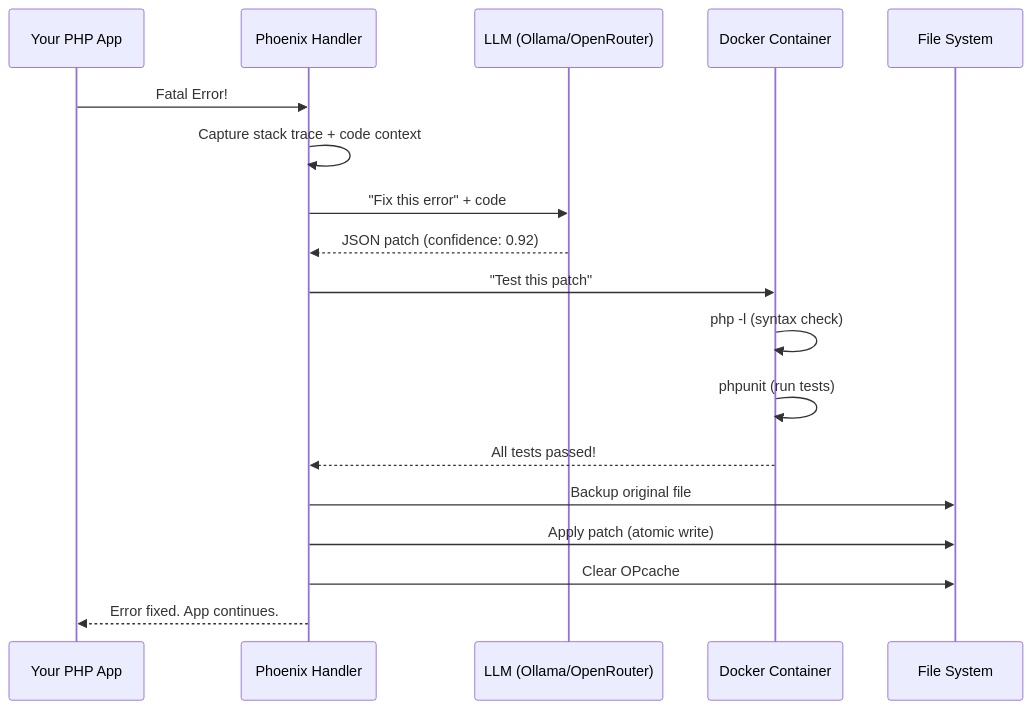
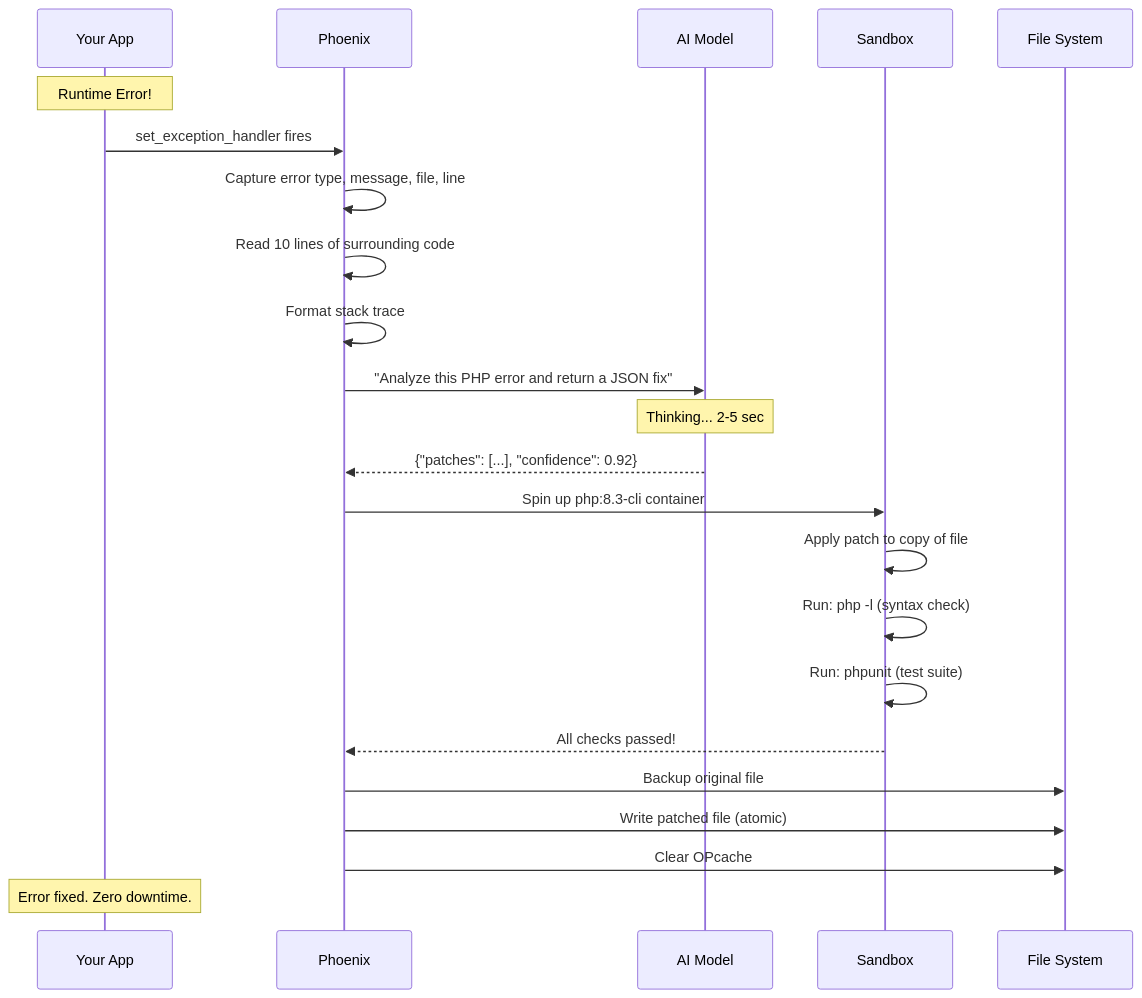
The second of 7 diagrams in README.md (soumyachk101/Pheonix), drawn with Mermaid before and after one commit. The commit also changed other lines of this file, not shown here.

````diff
--- a/README.md
+++ b/README.md
@@ -226,21 +179,32 @@
 ```mermaid
 sequenceDiagram
-    participant App as Your PHP App
-    participant PH as Phoenix Handler
-    participant AI as LLM (Ollama/OpenRouter)
-    participant Docker as Docker Container
-    participant FS as File System
+    participant App as Your App
+    participant PH as Phoenix
+    participant AI as AI Model
+    participant Docker as Sandbox
+    participant Disk as File System
 
-    App->>PH: Fatal Error!
-    PH->>PH: Capture stack trace + code context
-    PH->>AI: "Fix this error" + code
-    AI-->>PH: JSON patch (confidence: 0.92)
-    PH->>Docker: "Test this patch"
-    Docker->>Docker: php -l (syntax check)
-    Docker->>Docker: phpunit (run tests)
-    Docker-->>PH: All tests passed!
-    PH->>FS: Backup original file
-    PH->>FS: Apply patch (atomic write)
-    PH->>FS: Clear OPcache
-    PH-->>App: Error fixed. App continues.
+    Note over App: Runtime Error!
+
+    App->>PH: set_exception_handler fires
+    PH->>PH: Capture error type, message, file, line
+    PH->>PH: Read 10 lines of surrounding code
+    PH->>PH: Format stack trace
+
+    PH->>AI: "Analyze this PHP error and return a JSON fix"
+    Note over AI: Thinking... 2-5 sec
+
+    AI-->>PH: {"patches": [...], "confidence": 0.92}
+
+    PH->>Docker: Spin up php:8.3-cli container
+    Docker->>Docker: Apply patch to copy of file
+    Docker->>Docker: Run: php -l (syntax check)
+    Docker->>Docker: Run: phpunit (test suite)
+    Docker-->>PH: All checks passed!
+
+    PH->>Disk: Backup original file
+    PH->>Disk: Write patched file (atomic)
+    PH->>Disk: Clear OPcache
+
+    Note over App: Error fixed. Zero downtime.
 ```
````
